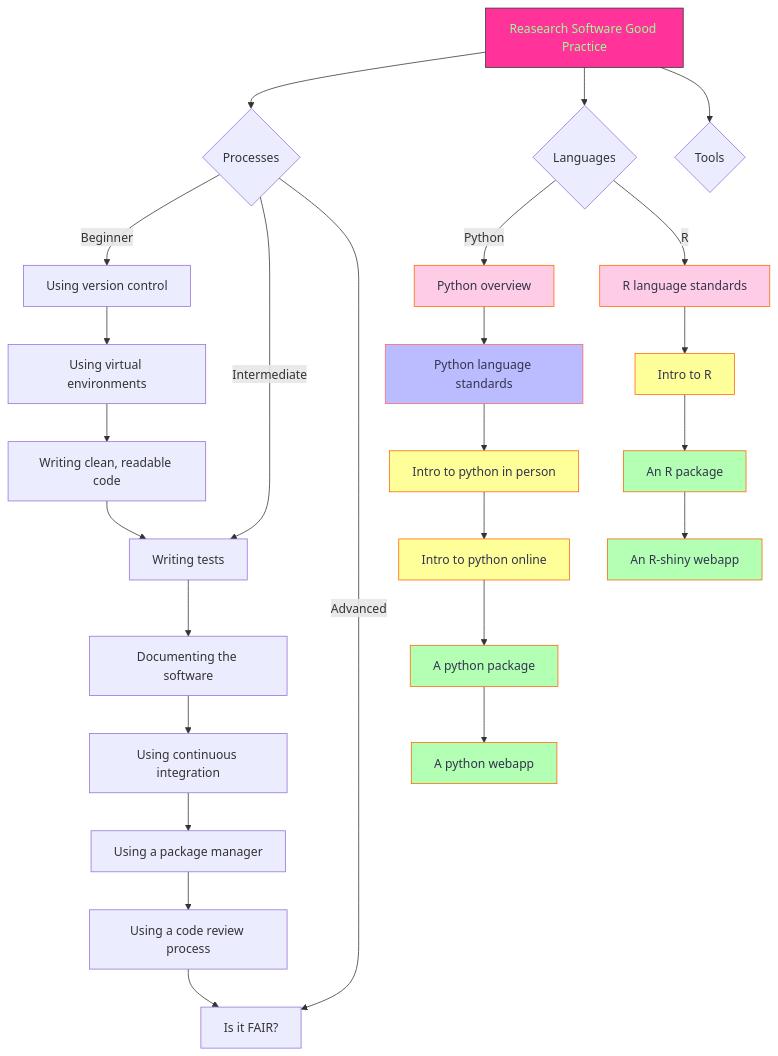
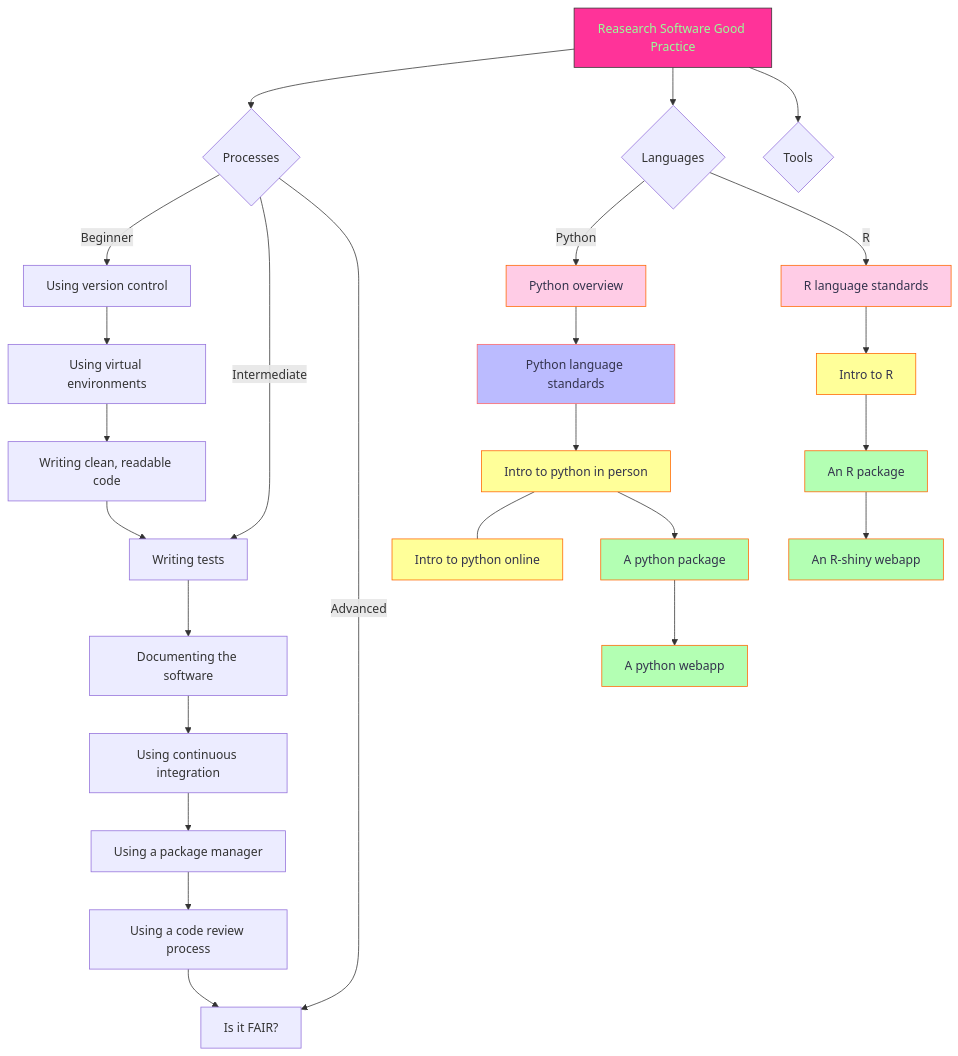
One commit to ICR-SC/good-practice changed the second of 2 diagrams in docs/index.md. Above: the diagram before and after it, drawn with Mermaid.

Commit message:
arrow change

````diff
--- a/docs/index.md
+++ b/docs/index.md
@@ -19,43 +19,43 @@
 ``` mermaid
 flowchart TD  
   A[Reasearch Software Good Practice] --> B{Processes};
   B -->|Beginner| C[Using version control];
   C --> D[Using virtual environments];
   D --> E[Writing clean, readable code];
   E --> F[Writing tests];
   B ---->|Intermediate| F;
   F --> G[Documenting the software];
   G --> H[Using continuous integration];
   H --> I[Using a package manager];
   I --> J[Using a code review process];
   J --> K[Is it FAIR?];
   B ---->|Advanced| K;
   A --> EB{Languages};
   EB --> |Python| PA[Python overview];
   PA --> PEP8[Python language standards];  
   PEP8 --> PINTRO1[Intro to python in person];
-  PINTRO1 --> PINTRO2[Intro to python online];
-  PINTRO2 --> PC[A python package];
+  PINTRO1 --- PINTRO2[Intro to python online];
+  PINTRO1 --> PC[A python package];
   PC --> PD[A python webapp];
   EB --> |R| RA[R language standards];
   RA --> RB[Intro to R];
   RB --> RC[An R package];
   RC --> RD[An R-shiny webapp];
   A --> TA{Tools};
   style A fill:#ff3399,stroke:#333,stroke-width:1px,color:#99ff99
   click A "https://icr-rse-group.github.io/good-practice/about/" "RS Good Practice"
   style PA fill:#ffcce6,stroke:#ff6600,stroke-width:1px,color:#33334d
   click PA "https://icr-rse-group.github.io/good-practice/good/python/" "Python Overview"
   style PEP8 fill:#bbf,stroke:#f66,stroke-width:1px,color:#33334d
   click PEP8 "https://peps.python.org/pep-0008/" "PEP8"
   style PINTRO1 fill:#ffff99,stroke:#ff6600,stroke-width:1px,color:#33334d
   click PINTRO1 "https://training.icr.ac.uk/coursed.php?course=544" "Intro to Python"
   style PINTRO2 fill:#ffff99,stroke:#ff6600,stroke-width:1px,color:#33334d
   click PINTRO2 "https://training.icr.ac.uk/coursed.php?course=1189" "Intro to Python"
   style PC fill:#b3ffb3,stroke:#ff6600,stroke-width:1px,color:#33334d
   style PD fill:#b3ffb3,stroke:#ff6600,stroke-width:1px,color:#33334d
   style RA fill:#ffcce6,stroke:#ff6600,stroke-width:1px,color:#33334d
   style RB fill:#ffff99,stroke:#ff6600,stroke-width:1px,color:#33334d
   style RC fill:#b3ffb3,stroke:#ff6600,stroke-width:1px,color:#33334d
   style RD fill:#b3ffb3,stroke:#ff6600,stroke-width:1px,color:#33334d
 ```
````
